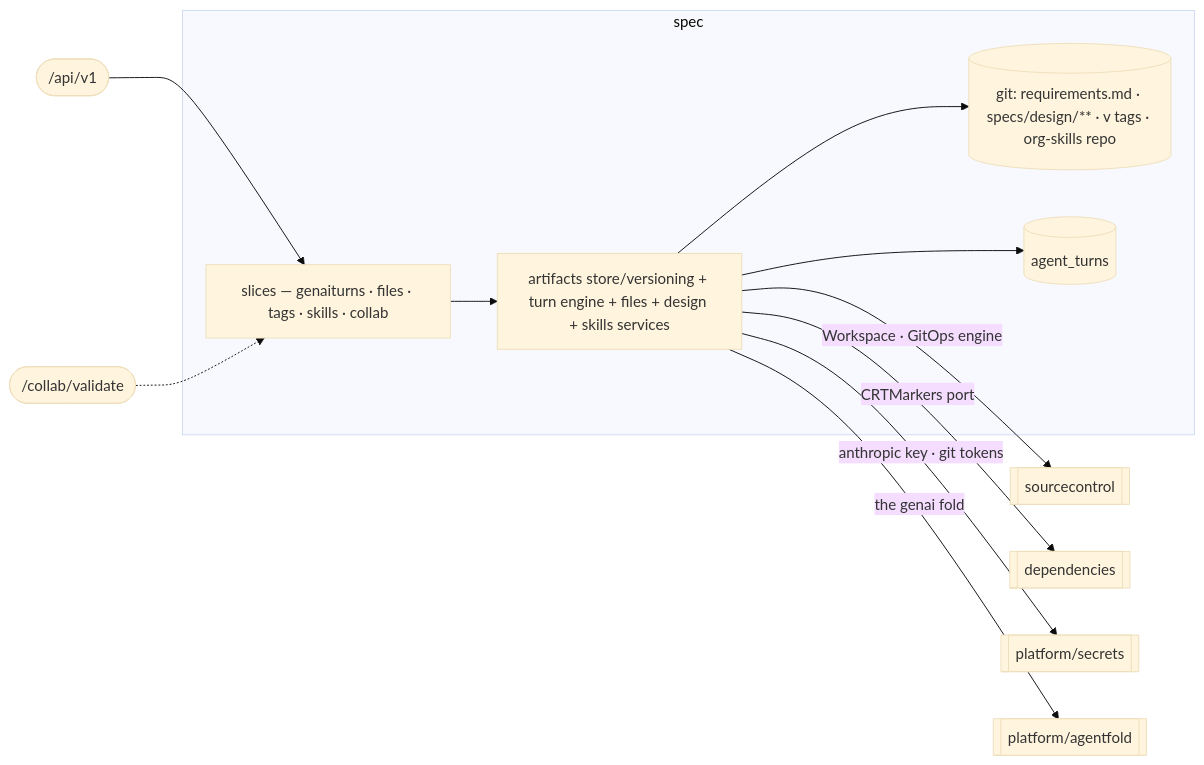
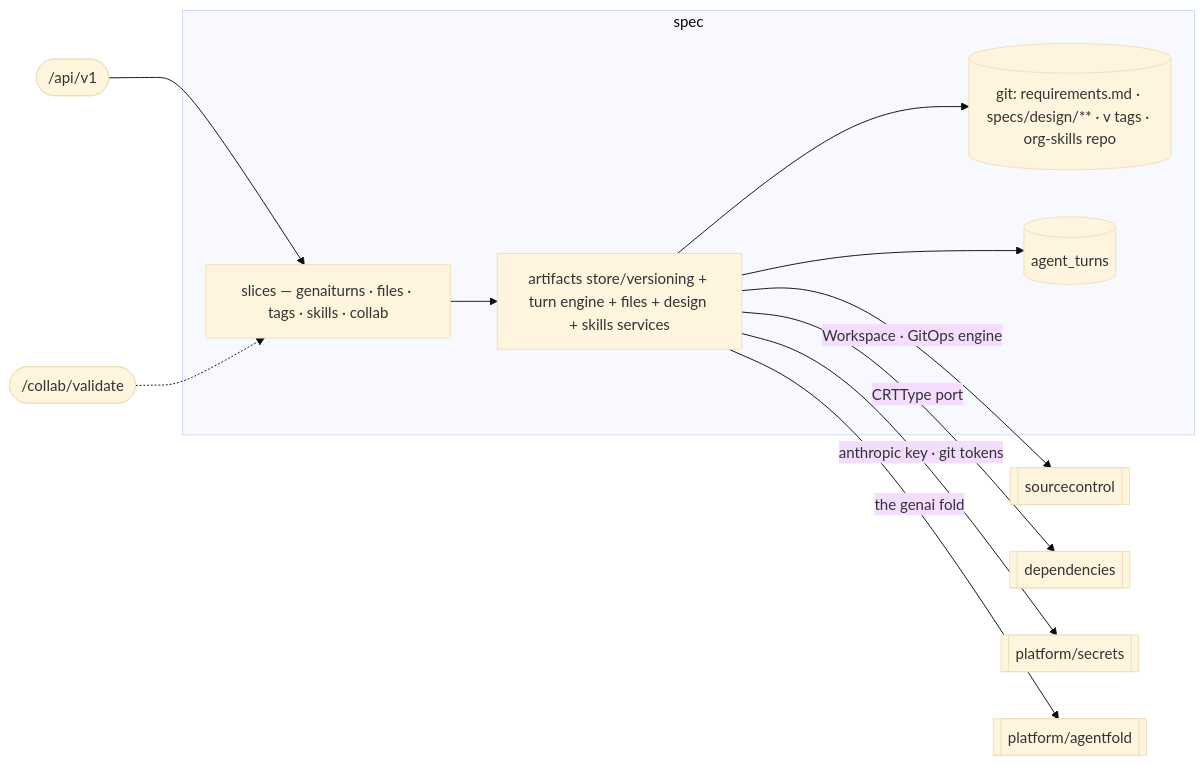
Before and after one commit to KCSAbeywickrama/labs-agentic-engineer: the diagram in services/aep-api/internal/spec/README.md, drawn with Mermaid (base theme). The commit also changed other lines of this file and 3 other files, not shown here.

````diff
--- a/services/aep-api/internal/spec/README.md
+++ b/services/aep-api/internal/spec/README.md
@@ -9,16 +9,16 @@
 ```mermaid
 flowchart LR
   API(["/api/v1"]) --> SL
   CB(["/collab/validate"]) -.-> SL
   subgraph spec
     SL["slices — genaiturns · files · tags · skills · collab"]
     CORE["artifacts store/versioning + turn engine + files + design + skills services"]
     SL --> CORE
     CORE --> GIT[("git: requirements.md · specs/design/** · v<N> tags · org-skills repo")]
     CORE --> TURNS[("agent_turns")]
   end
   CORE -->|Workspace · GitOps engine| SC[[sourcecontrol]]
-  CORE -->|CRTMarkers port| DEP[[dependencies]]
+  CORE -->|CRTType port| DEP[[dependencies]]
   CORE -->|anthropic key · git tokens| SEC[[platform/secrets]]
   CORE -->|the genai fold| FOLD[["platform/agentfold"]]
 ```
````
